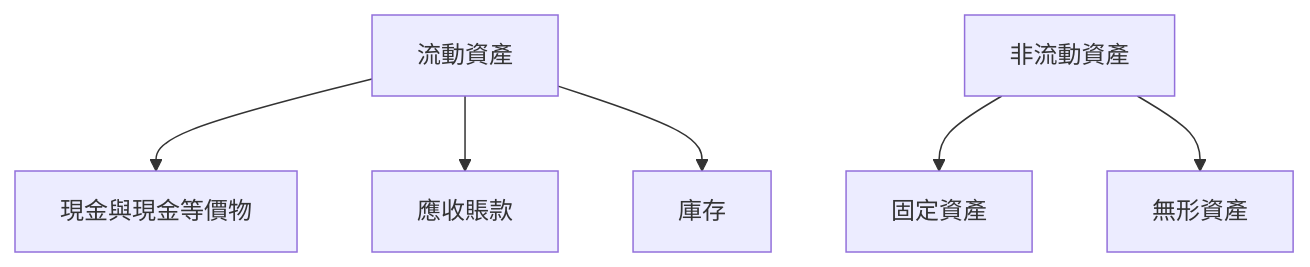
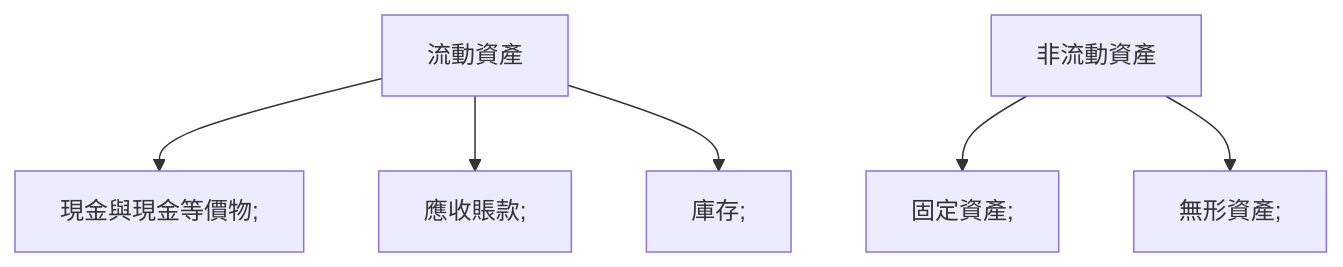
One commit to yennanliu/finance_data changed the sixth of 11 diagrams in ai_gen_report/stock/tsla/fundamental_analysis_2026-03-27_openai.md. Above: the diagram before and after it, drawn with Mermaid. The commit also changed other lines of this file and 2258 other files, not shown here.

First line of the commit message:
chore: backfill Mermaid syntax repair across existing reports

````diff
--- a/ai_gen_report/stock/tsla/fundamental_analysis_2026-03-27_openai.md
+++ b/ai_gen_report/stock/tsla/fundamental_analysis_2026-03-27_openai.md
@@ -150,8 +150,8 @@
 ```mermaid
 graph TD;
-    流動資產 --> 現金與現金等價物;
-    流動資產 --> 應收賬款;
-    流動資產 --> 庫存;
-    非流動資產 --> 固定資產;
-    非流動資產 --> 無形資產;
+    流動資產 --> nb1["現金與現金等價物;"]
+    流動資產 --> nb2["應收賬款;"]
+    流動資產 --> nb3["庫存;"]
+    非流動資產 --> nb4["固定資產;"]
+    非流動資產 --> nb5["無形資產;"]
 ```
````
